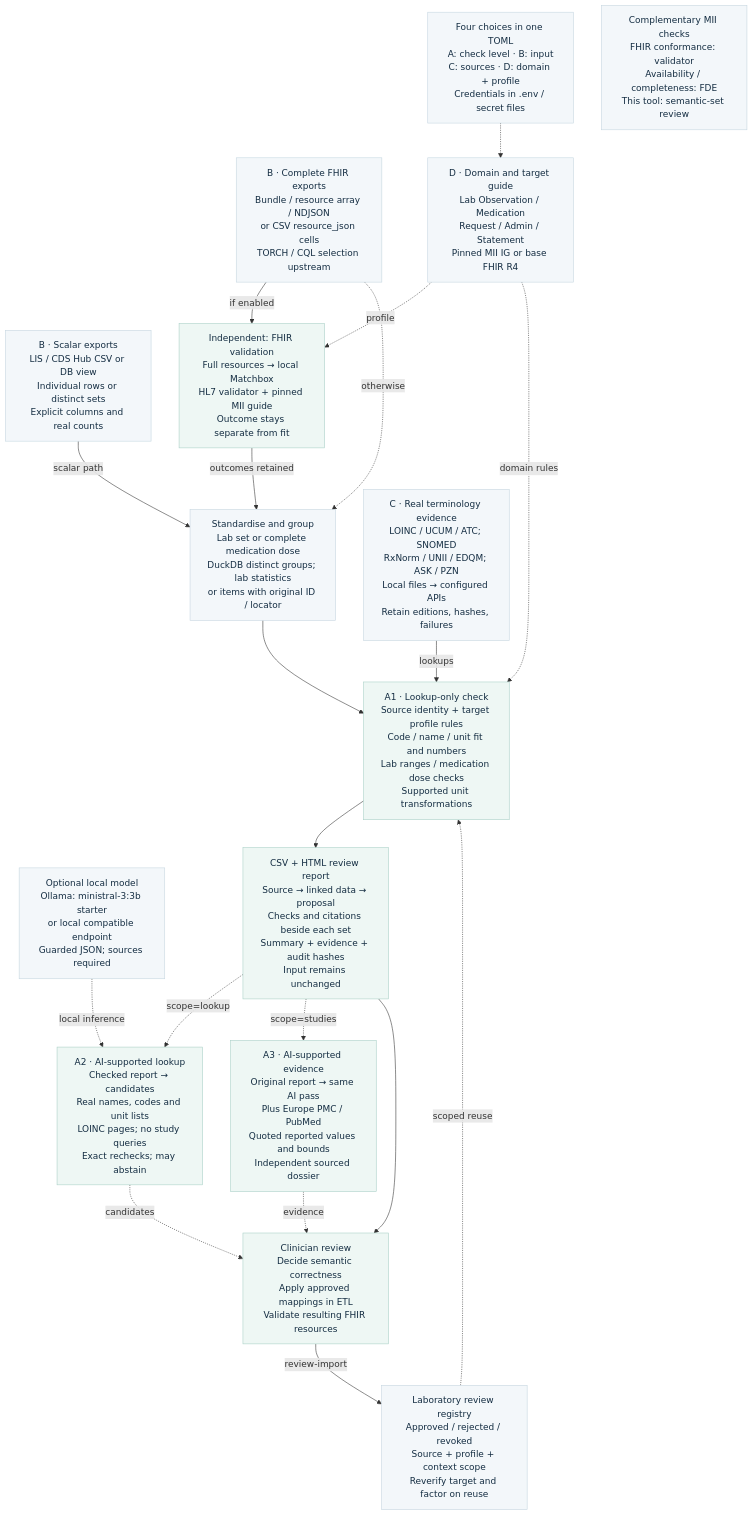
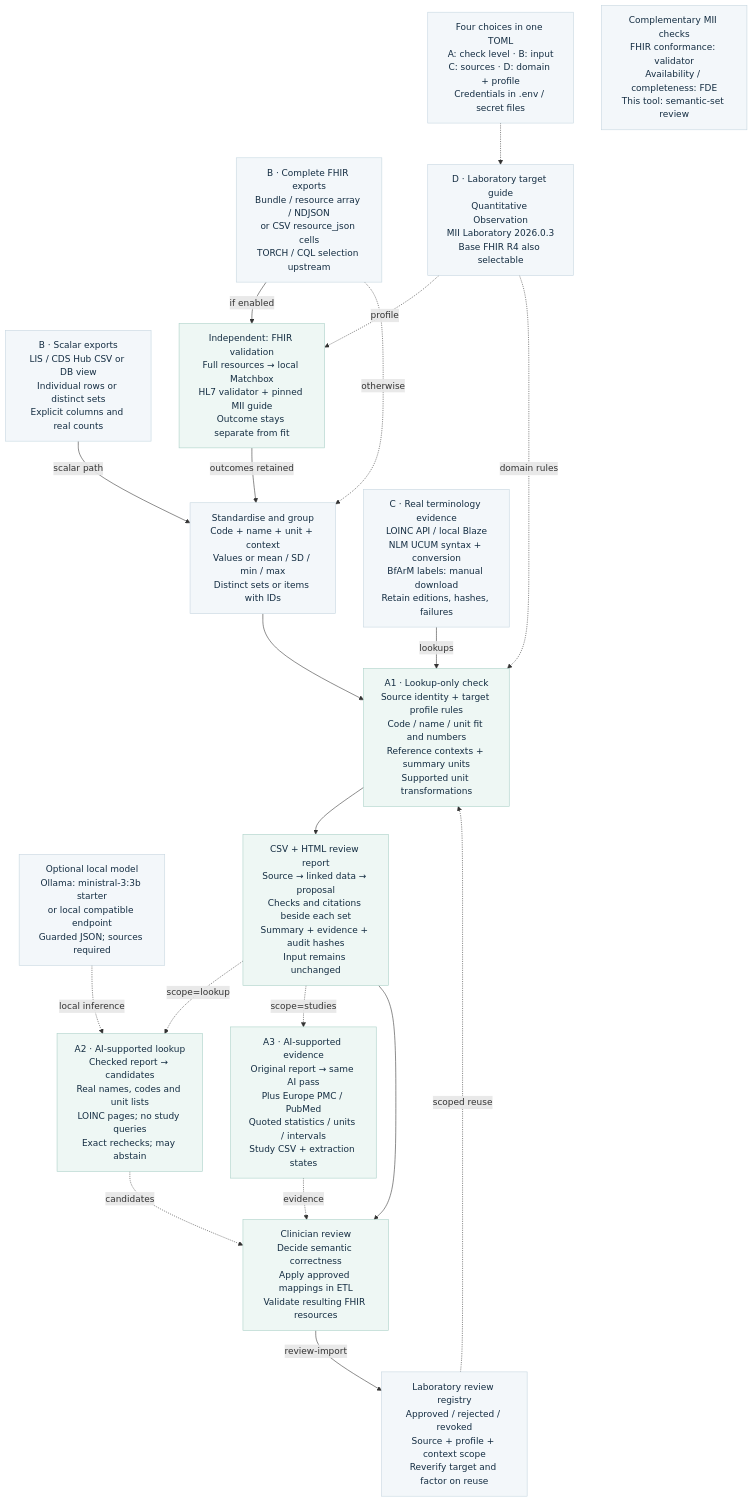
Before and after one commit to neumdan/semantic-plausibility: the diagram in docs/architecture.mmd, drawn with Mermaid. The commit also changed 66 other files, not shown here.

Commit message:
Improve laboratory workflow, evidence reports and documentation

```diff
--- a/docs/architecture.mmd
+++ b/docs/architecture.mmd
@@ -1,40 +1,40 @@
 %% Same node/edge contract as architecture.svg.
 flowchart TD
     SCALAR["B · Scalar exports<br/>LIS / CDS Hub CSV or DB view<br/>Individual rows or distinct sets<br/>Explicit columns and real counts"]
     FHIR["B · Complete FHIR exports<br/>Bundle / resource array / NDJSON<br/>or CSV resource_json cells<br/>TORCH / CQL selection upstream"]
     CONFIG["Four choices in one TOML<br/>A: check level · B: input<br/>C: sources · D: domain + profile<br/>Credentials in .env / secret files"]
     VALIDATE["Independent: FHIR validation<br/>Full resources → local Matchbox<br/>HL7 validator + pinned MII guide<br/>Outcome stays separate from fit"]
-    DOMAIN["D · Domain and target guide<br/>Lab Observation / Medication<br/>Request / Admin / Statement<br/>Pinned MII IG or base FHIR R4"]
-    NORMAL["Standardise and group<br/>Lab set or complete medication dose<br/>DuckDB distinct groups; lab statistics<br/>or items with original ID / locator"]
-    SOURCES["C · Real terminology evidence<br/>LOINC / UCUM / ATC; SNOMED<br/>RxNorm / UNII / EDQM; ASK / PZN<br/>Local files → configured APIs<br/>Retain editions, hashes, failures"]
-    CHECK["A1 · Lookup-only check<br/>Source identity + target profile rules<br/>Code / name / unit fit and numbers<br/>Lab ranges / medication dose checks<br/>Supported unit transformations"]
+    DOMAIN["D · Laboratory target guide<br/>Quantitative Observation<br/>MII Laboratory 2026.0.3<br/>Base FHIR R4 also selectable"]
+    NORMAL["Standardise and group<br/>Code + name + unit + context<br/>Values or mean / SD / min / max<br/>Distinct sets or items with IDs"]
+    SOURCES["C · Real terminology evidence<br/>LOINC API / local Blaze<br/>NLM UCUM syntax + conversion<br/>BfArM labels: manual download<br/>Retain editions, hashes, failures"]
+    CHECK["A1 · Lookup-only check<br/>Source identity + target profile rules<br/>Code / name / unit fit and numbers<br/>Reference contexts + summary units<br/>Supported unit transformations"]
     MODEL["Optional local model<br/>Ollama: ministral-3:3b starter<br/>or local compatible endpoint<br/>Guarded JSON; sources required"]
     AI["A2 · AI-supported lookup<br/>Checked report → candidates<br/>Real names, codes and unit lists<br/>LOINC pages; no study queries<br/>Exact rechecks; may abstain"]
     OUTPUT["CSV + HTML review report<br/>Source → linked data → proposal<br/>Checks and citations beside each set<br/>Summary + evidence + audit hashes<br/>Input remains unchanged"]
-    STUDIES["A3 · AI-supported evidence<br/>Original report → same AI pass<br/>Plus Europe PMC / PubMed<br/>Quoted reported values and bounds<br/>Independent sourced dossier"]
+    STUDIES["A3 · AI-supported evidence<br/>Original report → same AI pass<br/>Plus Europe PMC / PubMed<br/>Quoted statistics / units / intervals<br/>Study CSV + extraction states"]
     REGISTRY["Laboratory review registry<br/>Approved / rejected / revoked<br/>Source + profile + context scope<br/>Reverify target and factor on reuse"]
     EXPERT["Clinician review<br/>Decide semantic correctness<br/>Apply approved mappings in ETL<br/>Validate resulting FHIR resources"]
     MII["Complementary MII checks<br/>FHIR conformance: validator<br/>Availability / completeness: FDE<br/>This tool: semantic-set review"]
     SCALAR --> |"scalar path"| NORMAL
     FHIR --> |"if enabled"| VALIDATE
     FHIR -.-> |"otherwise"| NORMAL
     CONFIG -.-> DOMAIN
     DOMAIN -.-> |"profile"| VALIDATE
     DOMAIN -.-> |"domain rules"| CHECK
     VALIDATE --> |"outcomes retained"| NORMAL
     NORMAL --> CHECK
     SOURCES --> |"lookups"| CHECK
     CHECK --> OUTPUT
     MODEL -.-> |"local inference"| AI
     OUTPUT -.-> |"scope=lookup"| AI
     OUTPUT -.-> |"scope=studies"| STUDIES
     OUTPUT --> EXPERT
     AI -.-> |"candidates"| EXPERT
     STUDIES -.-> |"evidence"| EXPERT
     EXPERT --> |"review-import"| REGISTRY
     REGISTRY -.-> |"scoped reuse"| CHECK
     classDef normal fill:#f3f7fa,stroke:#c4d5df,color:#142d42
     class SCALAR,FHIR,CONFIG,DOMAIN,NORMAL,SOURCES,MODEL,REGISTRY,MII normal
     classDef teal fill:#eef7f4,stroke:#a8cfc6,color:#142d42
     class VALIDATE,CHECK,AI,OUTPUT,STUDIES,EXPERT teal
     classDef error fill:#fcf1f3,stroke:#ecc7cf,color:#142d42
```
